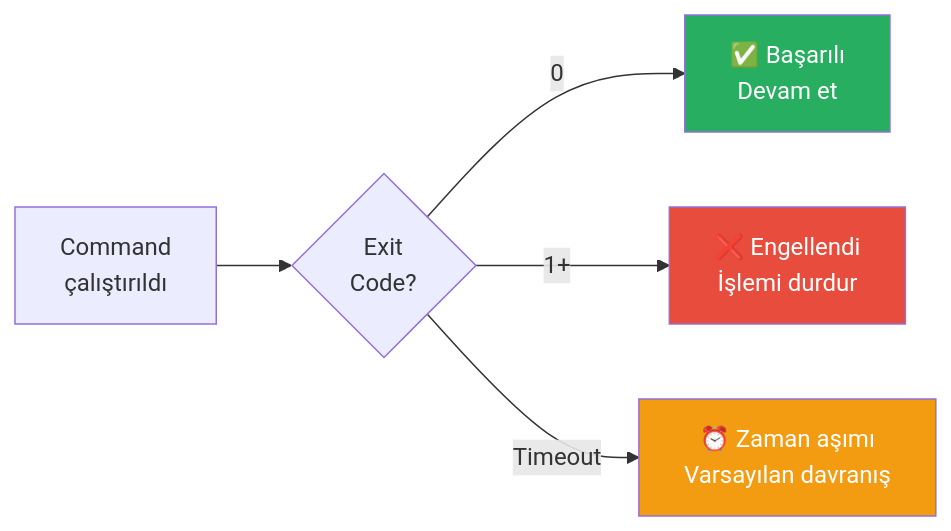
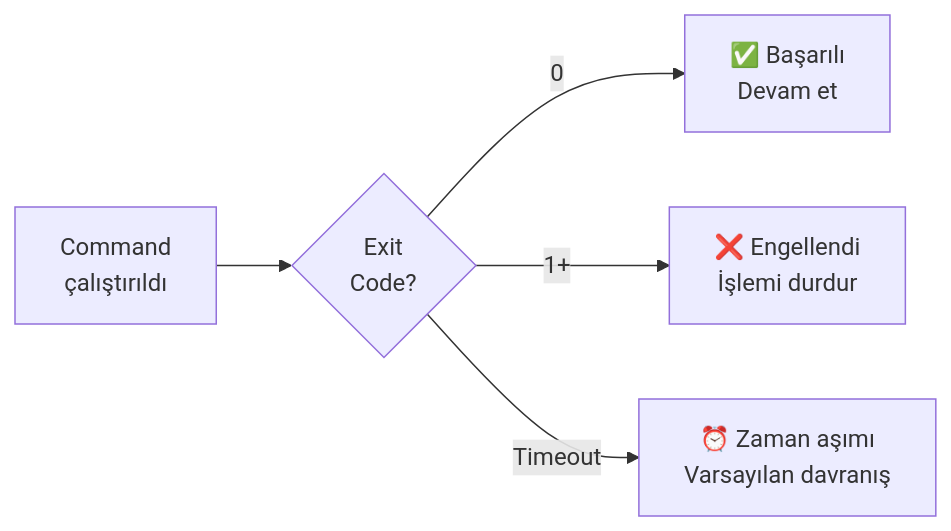
One commit to IzzetYasinAtes/ClaudeCodeHandbook changed the second of 7 diagrams in 14-hooks-ve-otomasyon/03-hook-tipleri.md. Above: the diagram before and after it, drawn with Mermaid. The commit also changed other lines of this file and 97 other files, not shown here.

Commit message:
Remove all custom Mermaid style/fill colors from 98 markdown files for consistent dark theme rendering

````diff
--- a/14-hooks-ve-otomasyon/03-hook-tipleri.md
+++ b/14-hooks-ve-otomasyon/03-hook-tipleri.md
@@ -77,11 +73,8 @@
 ```mermaid
 flowchart LR
     CMD["Command<br/>çalıştırıldı"] --> EC{"Exit<br/>Code?"}
     EC -->|"0"| OK["✅ Başarılı<br/>Devam et"]
     EC -->|"1+"| BLOCK["❌ Engellendi<br/>İşlemi durdur"]
     EC -->|"Timeout"| TO["⏰ Zaman aşımı<br/>Varsayılan davranış"]
 
-    style OK fill:#27AE60,color:#fff
-    style BLOCK fill:#E74C3C,color:#fff
-    style TO fill:#F39C12,color:#fff
 ```
````
